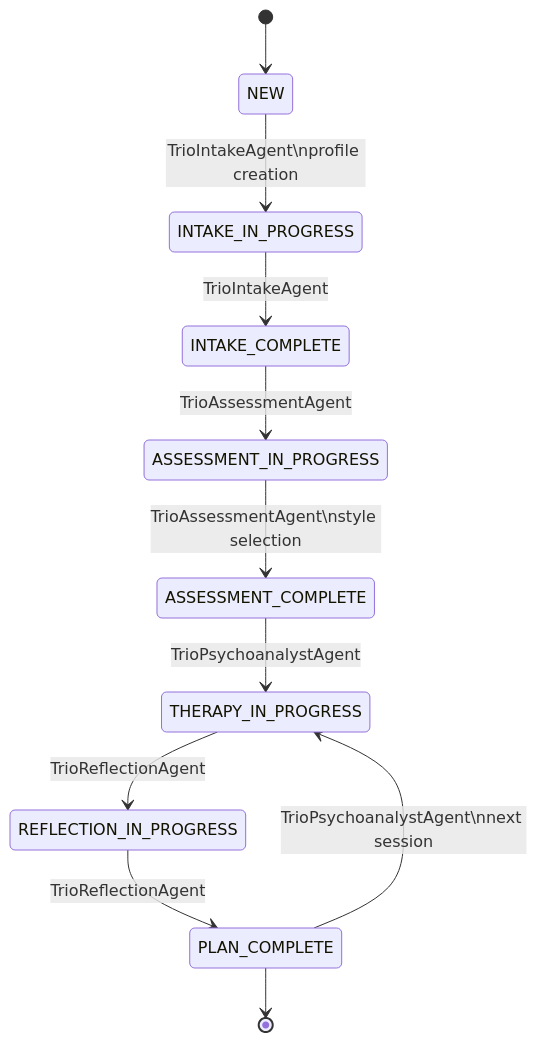
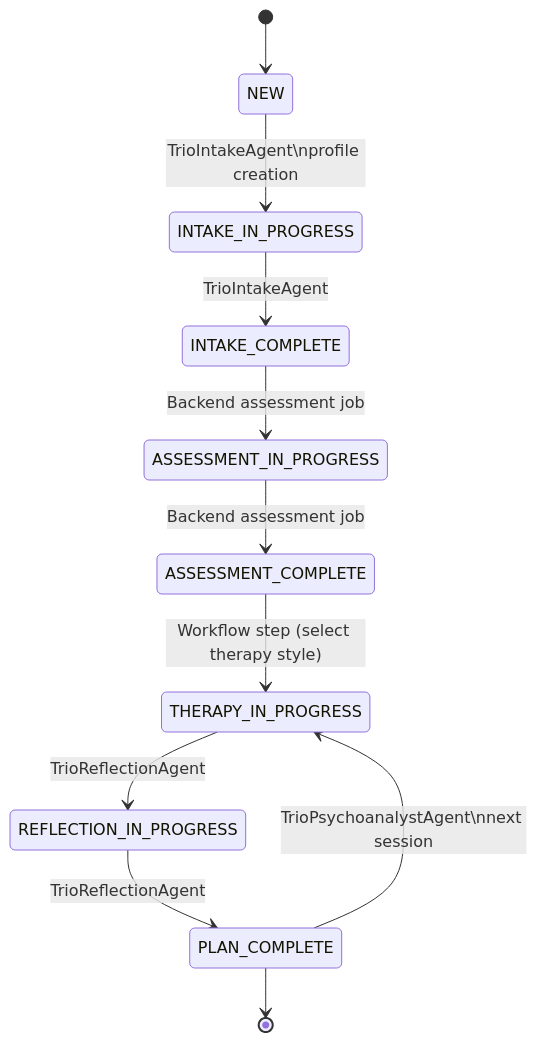
Before and after one commit to HagbardCel/llm_psychology: the first of 2 diagrams in docs/user_journey.md, drawn with Mermaid. The commit also changed other lines of this file and 87 other files, not shown here.

````diff
--- a/docs/user_journey.md
+++ b/docs/user_journey.md
@@ -7,13 +7,13 @@
 ```mermaid
 stateDiagram-v2
     [*] --> NEW
     NEW --> INTAKE_IN_PROGRESS: TrioIntakeAgent\nprofile creation
     INTAKE_IN_PROGRESS --> INTAKE_COMPLETE: TrioIntakeAgent
-    INTAKE_COMPLETE --> ASSESSMENT_IN_PROGRESS: TrioAssessmentAgent
-    ASSESSMENT_IN_PROGRESS --> ASSESSMENT_COMPLETE: TrioAssessmentAgent\nstyle selection
-    ASSESSMENT_COMPLETE --> THERAPY_IN_PROGRESS: TrioPsychoanalystAgent
+    INTAKE_COMPLETE --> ASSESSMENT_IN_PROGRESS: Backend assessment job
+    ASSESSMENT_IN_PROGRESS --> ASSESSMENT_COMPLETE: Backend assessment job
+    ASSESSMENT_COMPLETE --> THERAPY_IN_PROGRESS: Workflow step (select therapy style)
     THERAPY_IN_PROGRESS --> REFLECTION_IN_PROGRESS: TrioReflectionAgent
     REFLECTION_IN_PROGRESS --> PLAN_COMPLETE: TrioReflectionAgent
     PLAN_COMPLETE --> THERAPY_IN_PROGRESS: TrioPsychoanalystAgent\nnext session
     PLAN_COMPLETE --> [*]
 ```
````
